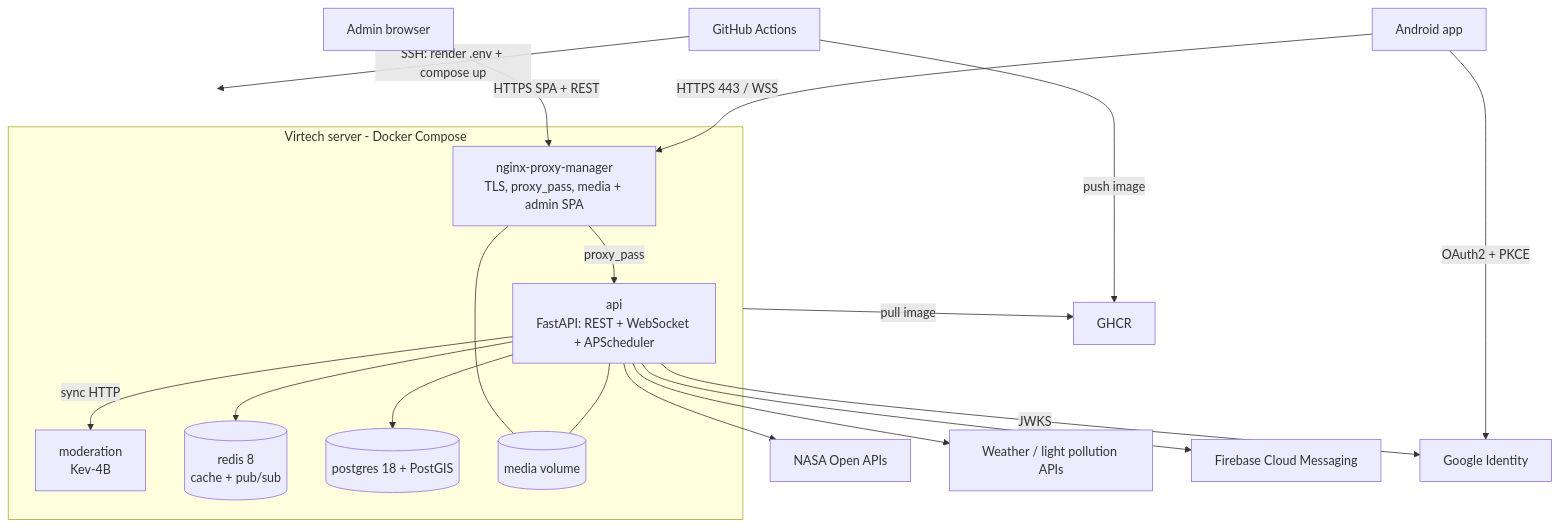
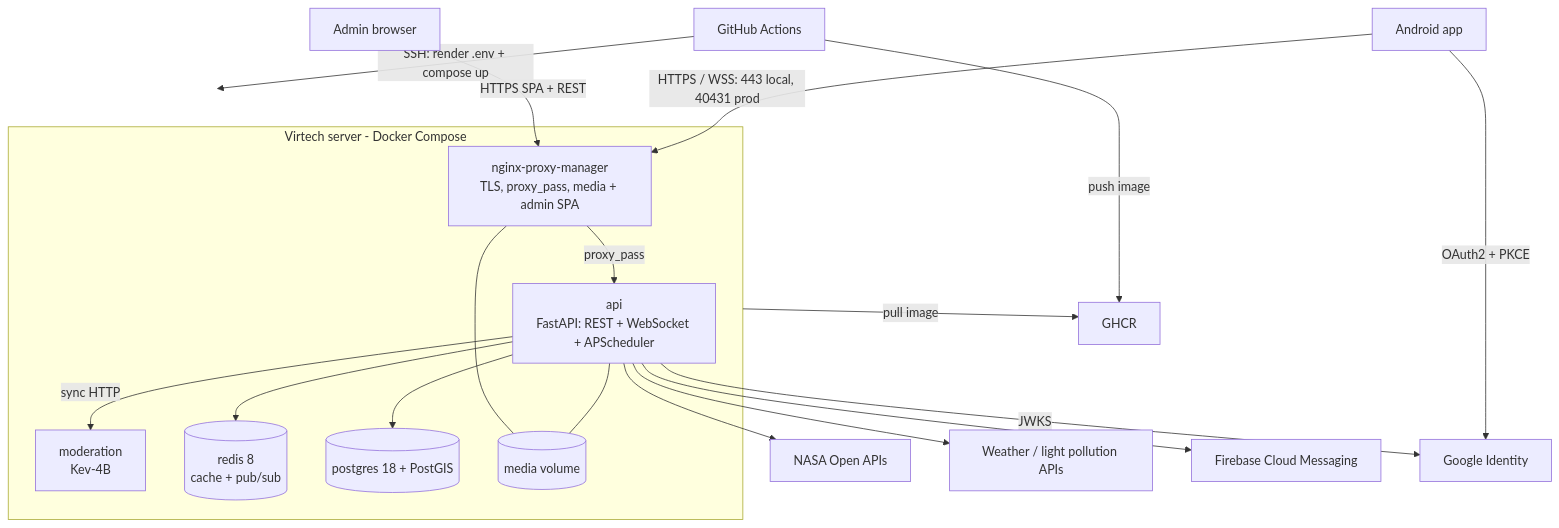
Before and after one commit to pes2627q1-21-gei-upc/perseida: the diagram in infra/README.md, drawn with Mermaid. The commit also changed other lines of this file and 4 other files, not shown here.

````diff
--- a/infra/README.md
+++ b/infra/README.md
@@ -13,27 +13,27 @@
 ```mermaid
 flowchart TB
-    PHONE[Android app] -- HTTPS 443 / WSS --> NPM
+    PHONE[Android app] -- HTTPS / WSS: 443 local, 40431 prod --> NPM
     ADMIN[Admin browser] -- HTTPS SPA + REST --> NPM
     subgraph VIRTECH[Virtech server - Docker Compose]
         NPM[nginx-proxy-manager<br/>TLS, proxy_pass, media + admin SPA]
         API[api<br/>FastAPI: REST + WebSocket + APScheduler]
         MOD[moderation<br/>Kev-4B]
         REDIS[(redis 8<br/>cache + pub/sub)]
         PG[(postgres 18 + PostGIS)]
         VOL[(media volume)]
         NPM -- proxy_pass --> API
         API -- sync HTTP --> MOD
         API --> REDIS
         API --> PG
         API --- VOL
         NPM --- VOL
     end
     API --> NASA[NASA Open APIs]
     API --> OTHER[Weather / light pollution APIs]
     API --> FCM[Firebase Cloud Messaging]
     PHONE -- OAuth2 + PKCE --> GOOGLE[Google Identity]
     API -- JWKS --> GOOGLE
     GHA[GitHub Actions] -- push image --> GHCR[GHCR]
     GHA -- SSH: render .env + compose up --> VIRTECH
     VIRTECH -- pull image --> GHCR
 ```
````
